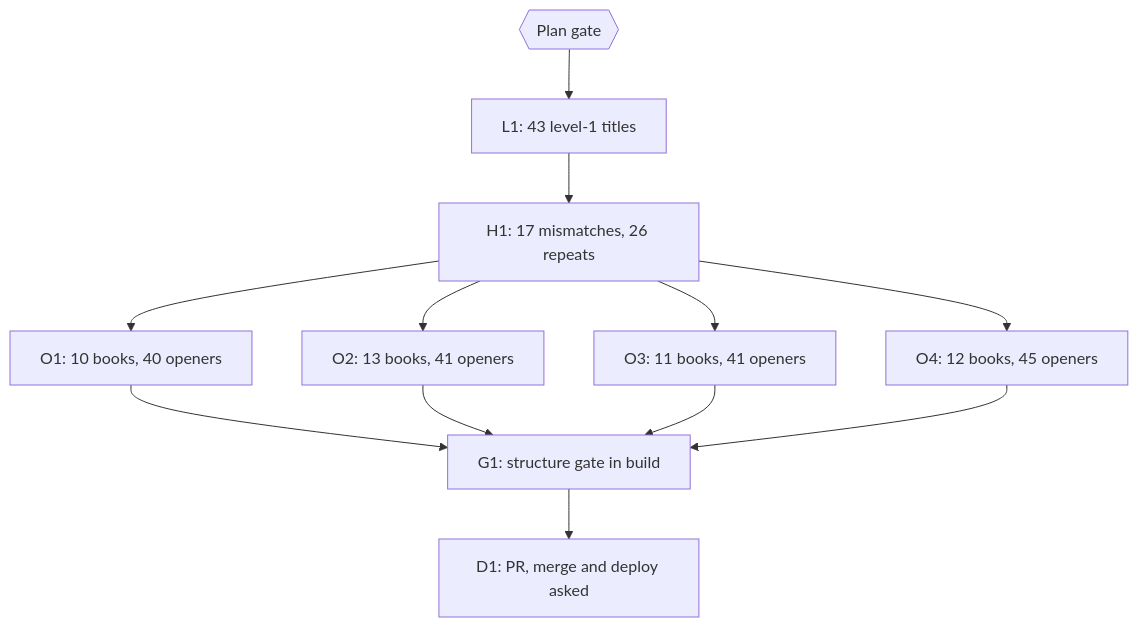
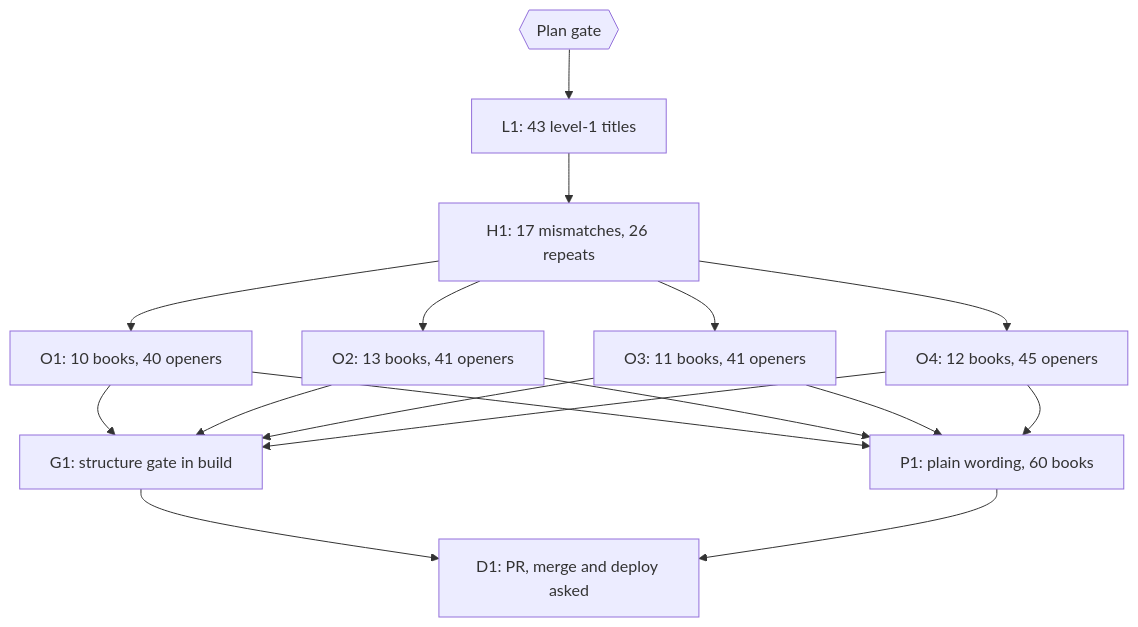
Before and after one commit to belajarcarabelajar/dawnbook: the diagram in docs/code-plan/plans/2026-10-24-dawnbook-structure-fixes.md, drawn with Mermaid. The commit also changed other lines of this file and 1 other file, not shown here.

Commit message:
docs(plan): record evidence for the structure, wording and heading passes

````diff
--- a/docs/code-plan/plans/2026-10-24-dawnbook-structure-fixes.md
+++ b/docs/code-plan/plans/2026-10-24-dawnbook-structure-fixes.md
@@ -172,16 +187,21 @@
 ```mermaid
 flowchart TD
     accTitle: Structure fixes for every book and the build gate
     accDescr: After the plan gate, level-1 titles are demoted, then heading mismatches and repeated headings are resolved, then four waves of one subagent per book shorten the openers, then the structure check joins the build test-first, then one pull request with deploy asked separately.
     Gate{{"Plan gate"}} --> L1["L1: 43 level-1 titles"]
     L1 --> H1["H1: 17 mismatches, 26 repeats"]
     H1 --> O1["O1: 10 books, 40 openers"]
     H1 --> O2["O2: 13 books, 41 openers"]
     H1 --> O3["O3: 11 books, 41 openers"]
     H1 --> O4["O4: 12 books, 45 openers"]
     O1 --> G1["G1: structure gate in build"]
     O2 --> G1
     O3 --> G1
     O4 --> G1
+    O1 --> P1["P1: plain wording, 60 books"]
+    O2 --> P1
+    O3 --> P1
+    O4 --> P1
     G1 --> D1["D1: PR, merge and deploy asked"]
+    P1 --> D1
 ```
````
